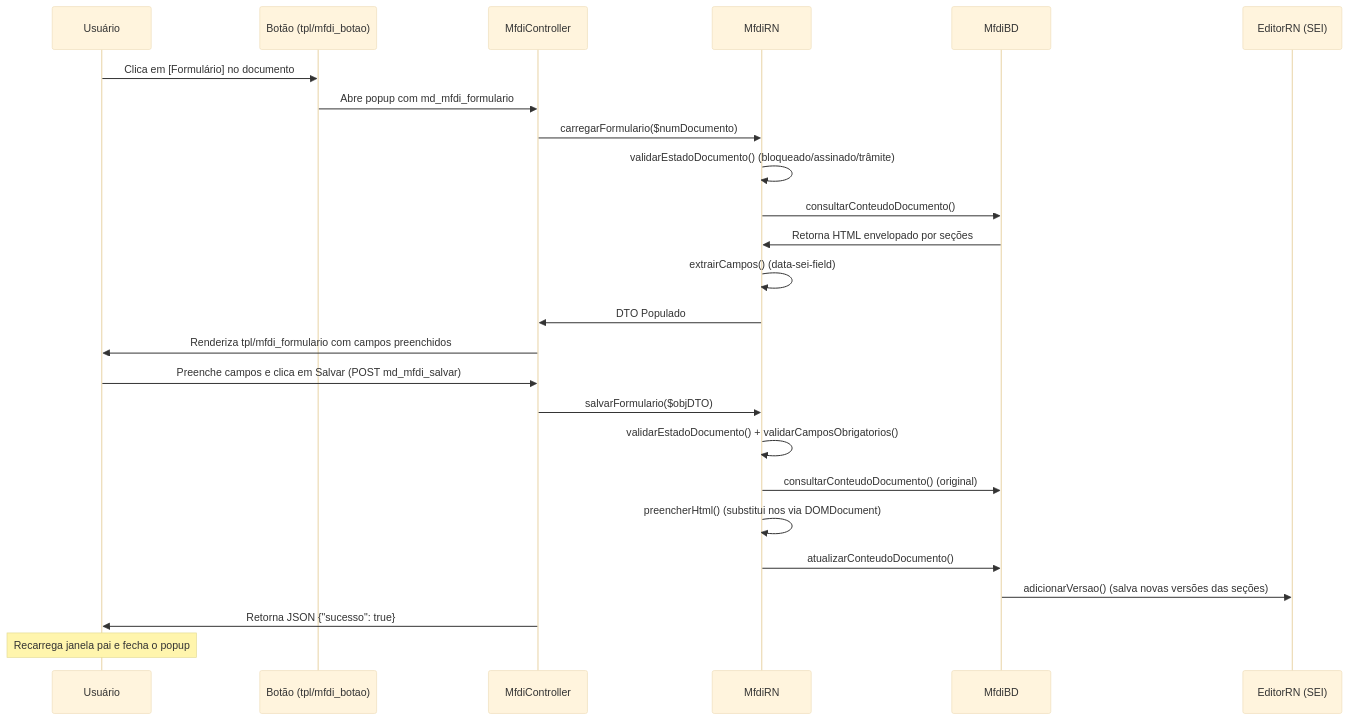
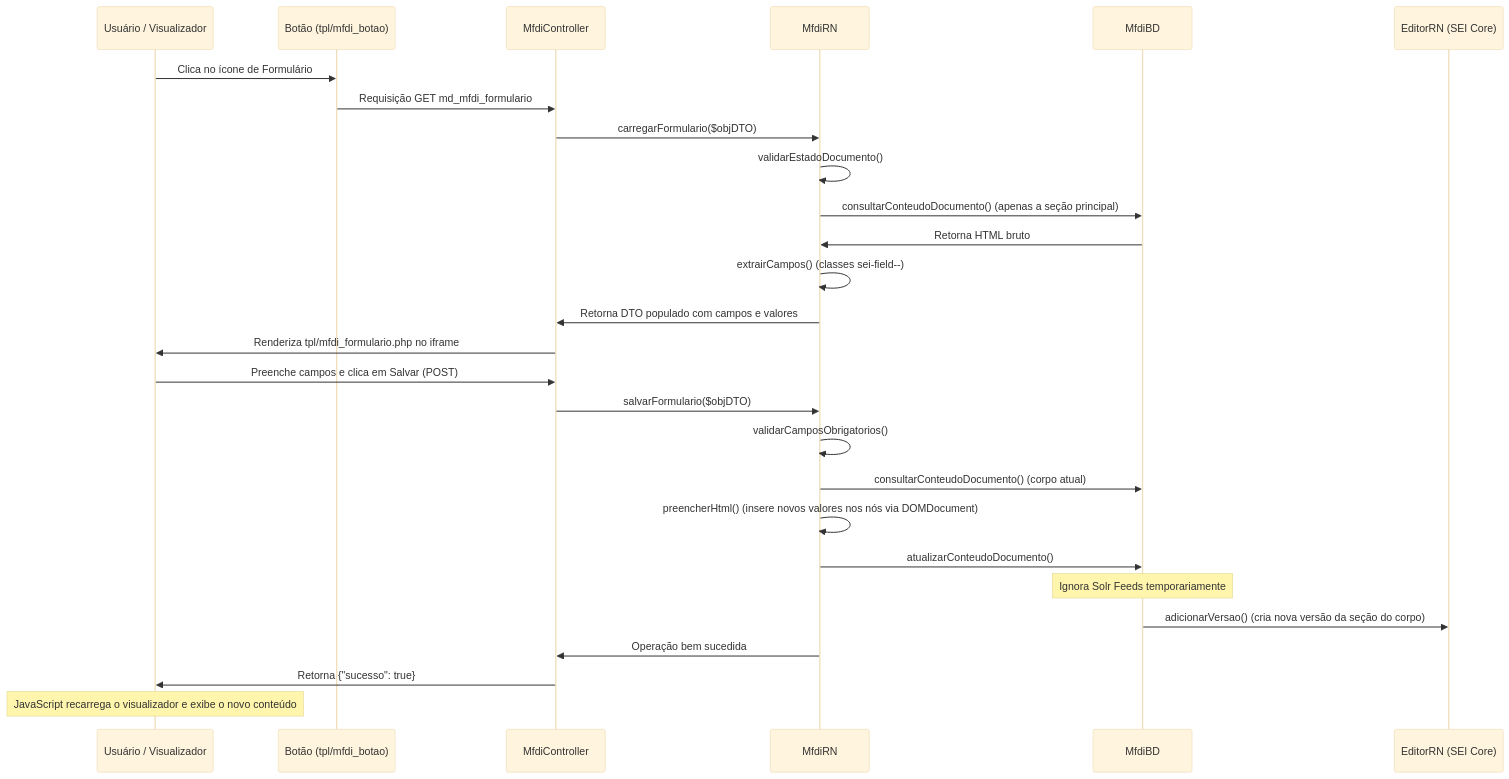
One commit to benmatos/mod-mfdi changed the diagram in readme.md. Above: the diagram before and after it, drawn with Mermaid (base theme). The commit also changed other lines of this file, not shown here.

````diff
--- a/readme.md
+++ b/readme.md
@@ -28,29 +28,31 @@
 ```mermaid
 sequenceDiagram
-    participant Usuário
-    participant Botão (tpl/mfdi_botao)
-    participant MfdiController
-    participant MfdiRN
-    participant MfdiBD
-    participant EditorRN (SEI)
+    participant Usuario as Usuário / Visualizador
+    participant Botao as Botão (tpl/mfdi_botao)
+    participant Controller as MfdiController
+    participant RN as MfdiRN
+    participant BD as MfdiBD
+    participant EditorRN as EditorRN (SEI Core)
 
-    Usuário->>Botão (tpl/mfdi_botao): Clica em [Formulário] no documento
-    Botão (tpl/mfdi_botao)->>MfdiController: Abre popup com md_mfdi_formulario
-    MfdiController->>MfdiRN: carregarFormulario($numDocumento)
-    MfdiRN->>MfdiRN: validarEstadoDocumento() (bloqueado/assinado/trâmite)
-    MfdiRN->>MfdiBD: consultarConteudoDocumento()
-    MfdiBD->>MfdiRN: Retorna HTML envelopado por seções
-    MfdiRN->>MfdiRN: extrairCampos() (data-sei-field)
-    MfdiRN->>MfdiController: DTO Populado
-    MfdiController->>Usuário: Renderiza tpl/mfdi_formulario com campos preenchidos
+    Usuario->>Botao: Clica no ícone de Formulário
+    Botao->>Controller: Requisição GET md_mfdi_formulario
+    Controller->>RN: carregarFormulario($objDTO)
+    RN->>RN: validarEstadoDocumento()
+    RN->>BD: consultarConteudoDocumento() (apenas a seção principal)
+    BD->>RN: Retorna HTML bruto
+    RN->>RN: extrairCampos() (classes sei-field--)
+    RN->>Controller: Retorna DTO populado com campos e valores
+    Controller->>Usuario: Renderiza tpl/mfdi_formulario.php no iframe
 
-    Usuário->>MfdiController: Preenche campos e clica em Salvar (POST md_mfdi_salvar)
-    MfdiController->>MfdiRN: salvarFormulario($objDTO)
-    MfdiRN->>MfdiRN: validarEstadoDocumento() + validarCamposObrigatorios()
-    MfdiRN->>MfdiBD: consultarConteudoDocumento() (original)
-    MfdiRN->>MfdiRN: preencherHtml() (substitui nos via DOMDocument)
-    MfdiRN->>MfdiBD: atualizarConteudoDocumento()
-    MfdiBD->>EditorRN (SEI): adicionarVersao() (salva novas versões das seções)
-    MfdiController->>Usuário: Retorna JSON {"sucesso": true}
-    Note over Usuário: Recarrega janela pai e fecha o popup
+    Usuario->>Controller: Preenche campos e clica em Salvar (POST)
+    Controller->>RN: salvarFormulario($objDTO)
+    RN->>RN: validarCamposObrigatorios()
+    RN->>BD: consultarConteudoDocumento() (corpo atual)
+    RN->>RN: preencherHtml() (insere novos valores nos nós via DOMDocument)
+    RN->>BD: atualizarConteudoDocumento()
+    Note over BD: Ignora Solr Feeds temporariamente
+    BD->>EditorRN: adicionarVersao() (cria nova versão da seção do corpo)
+    RN->>Controller: Operação bem sucedida
+    Controller->>Usuario: Retorna {"sucesso": true}
+    Note over Usuario: JavaScript recarrega o visualizador e exibe o novo conteúdo
 ```
````
